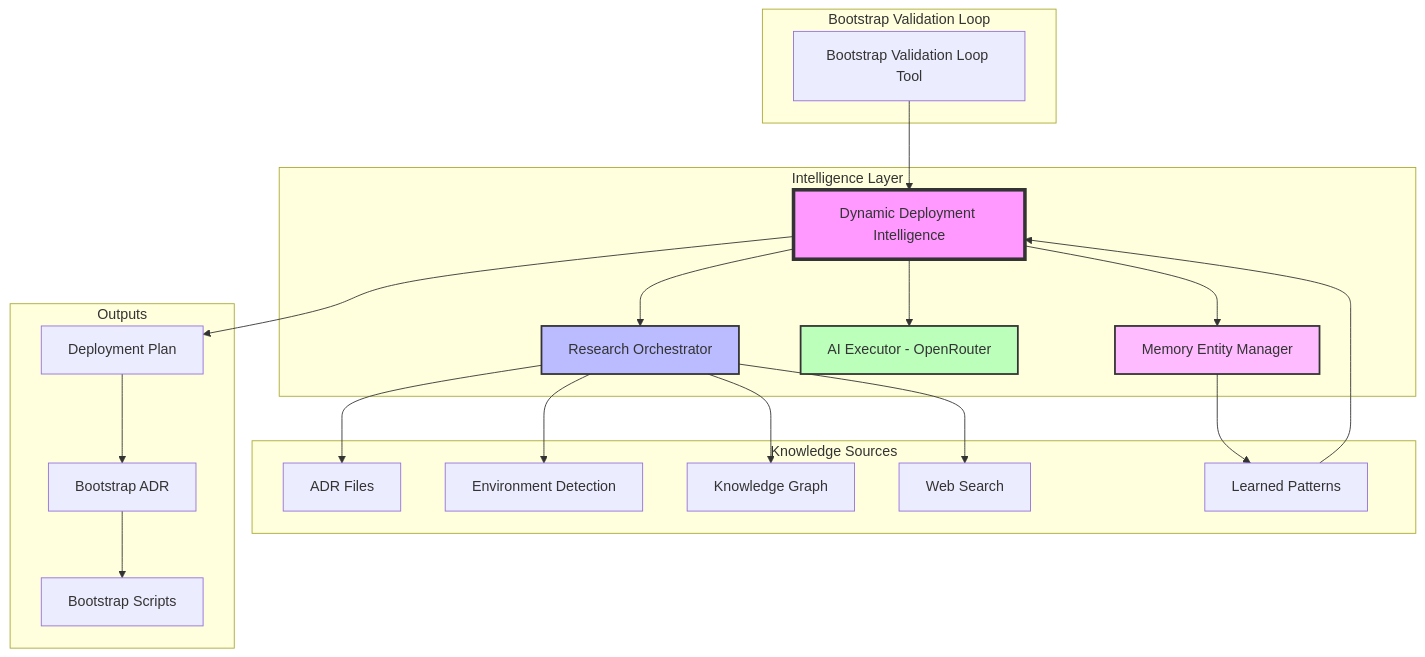
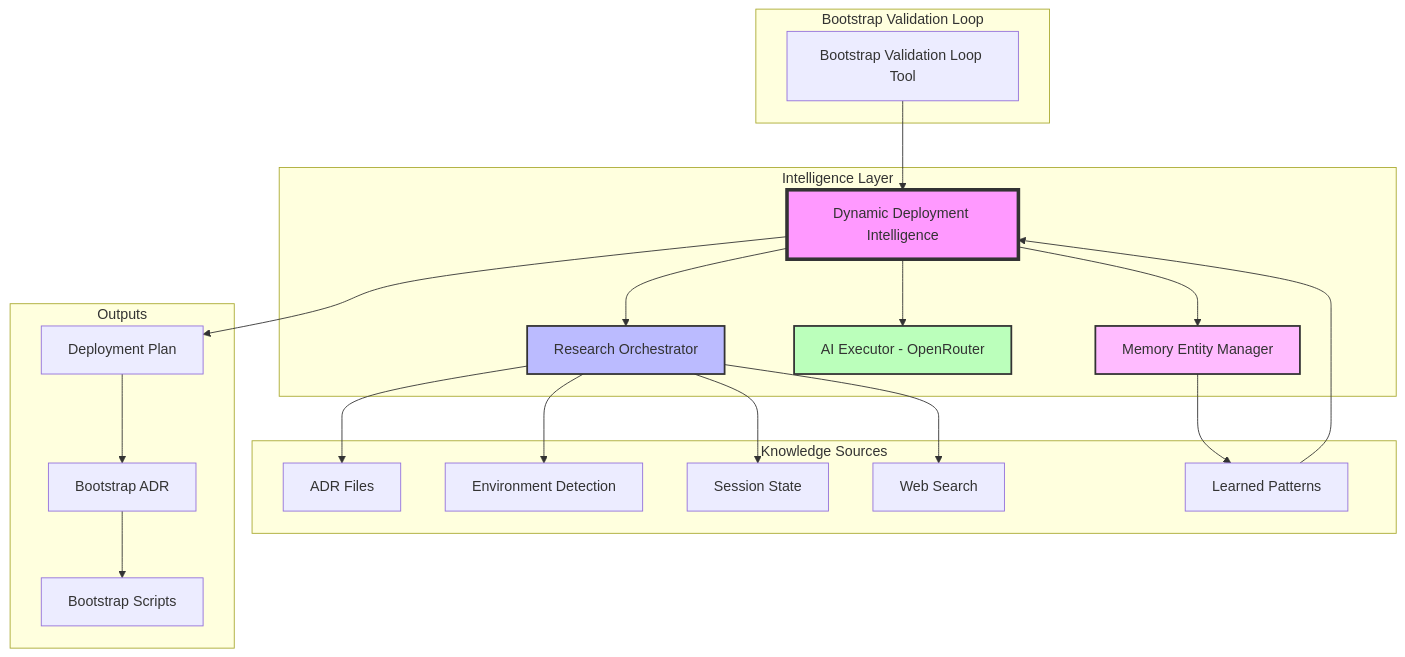
One commit to tosin2013/mcp-adr-analysis-server changed the first of 3 diagrams in docs/explanation/self-learning-architecture.md. Above: the diagram before and after it, drawn with Mermaid. The commit also changed other lines of this file and 28 other files, not shown here.

First line of the commit message:
docs(naming): rename "Knowledge Graph" to "Session & Tool-Usage Tracker" (#1548) (#1606)

````diff
--- a/docs/explanation/self-learning-architecture.md
+++ b/docs/explanation/self-learning-architecture.md
@@ -33,49 +33,49 @@
 ```mermaid
 graph TB
     subgraph "Bootstrap Validation Loop"
         BVL[Bootstrap Validation Loop Tool]
     end
 
     subgraph "Intelligence Layer"
         DDI[Dynamic Deployment Intelligence]
         RO[Research Orchestrator]
         AI[AI Executor - OpenRouter]
         MEM[Memory Entity Manager]
     end
 
     subgraph "Knowledge Sources"
         ADR[ADR Files]
         ENV[Environment Detection]
-        GRAPH[Knowledge Graph]
+        GRAPH[Session State]
         WEB[Web Search]
         LEARNED[Learned Patterns]
     end
 
     subgraph "Outputs"
         PLAN[Deployment Plan]
         BADR[Bootstrap ADR]
         SCRIPT[Bootstrap Scripts]
     end
 
     BVL --> DDI
     DDI --> RO
     DDI --> AI
     DDI --> MEM
 
     RO --> ADR
     RO --> ENV
     RO --> GRAPH
     RO --> WEB
 
     MEM --> LEARNED
     LEARNED --> DDI
 
     DDI --> PLAN
     PLAN --> BADR
     BADR --> SCRIPT
 
     style DDI fill:#f9f,stroke:#333,stroke-width:4px
     style RO fill:#bbf,stroke:#333,stroke-width:2px
     style AI fill:#bfb,stroke:#333,stroke-width:2px
     style MEM fill:#fbf,stroke:#333,stroke-width:2px
 ```
````
